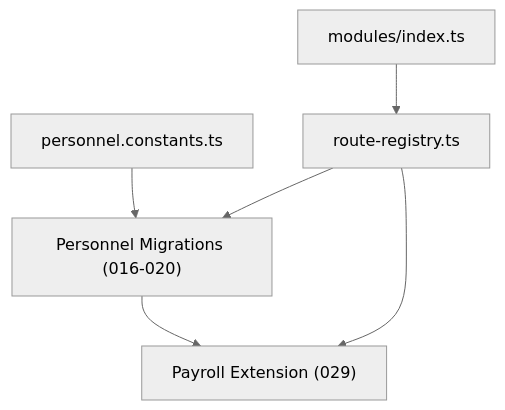
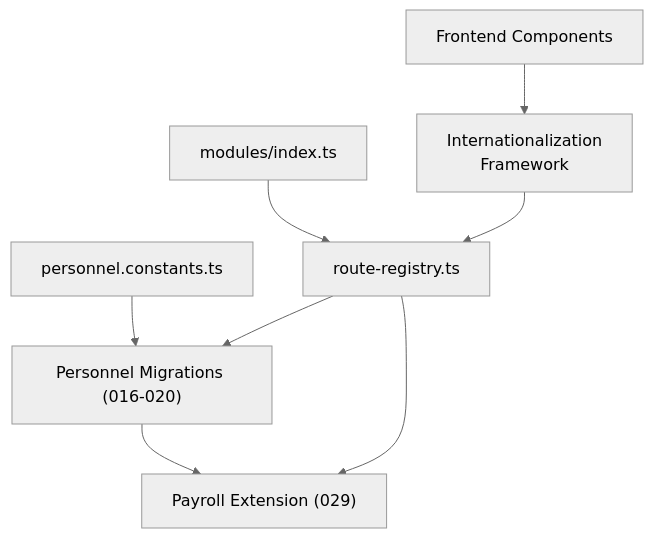
One commit to franckylab/eLISAschool changed the fourth of 4 diagrams in .qoder/repowiki/en/content/Human Resources Management/Personnel Administration/Contract Administration.md. Above: the diagram before and after it, drawn with Mermaid (neutral theme). The commit also changed other lines of this file and 85 other files, not shown here.

````diff
--- a/.qoder/repowiki/en/content/Human Resources Management/Personnel Administration/Contract Administration.md
+++ b/.qoder/repowiki/en/content/Human Resources Management/Personnel Administration/Contract Administration.md
@@ -270,8 +349,10 @@
 ```mermaid
 graph TB
 Const["personnel.constants.ts"] --> Pers["Personnel Migrations (016-020)"]
 Pers --> Pay["Payroll Extension (029)"]
 Routes["route-registry.ts"] --> Pers
 Routes --> Pay
 ModIdx["modules/index.ts"] --> Routes
+I18N["Internationalization<br/>Framework"] --> Routes
+FE["Frontend Components"] --> I18N
 ```
````
